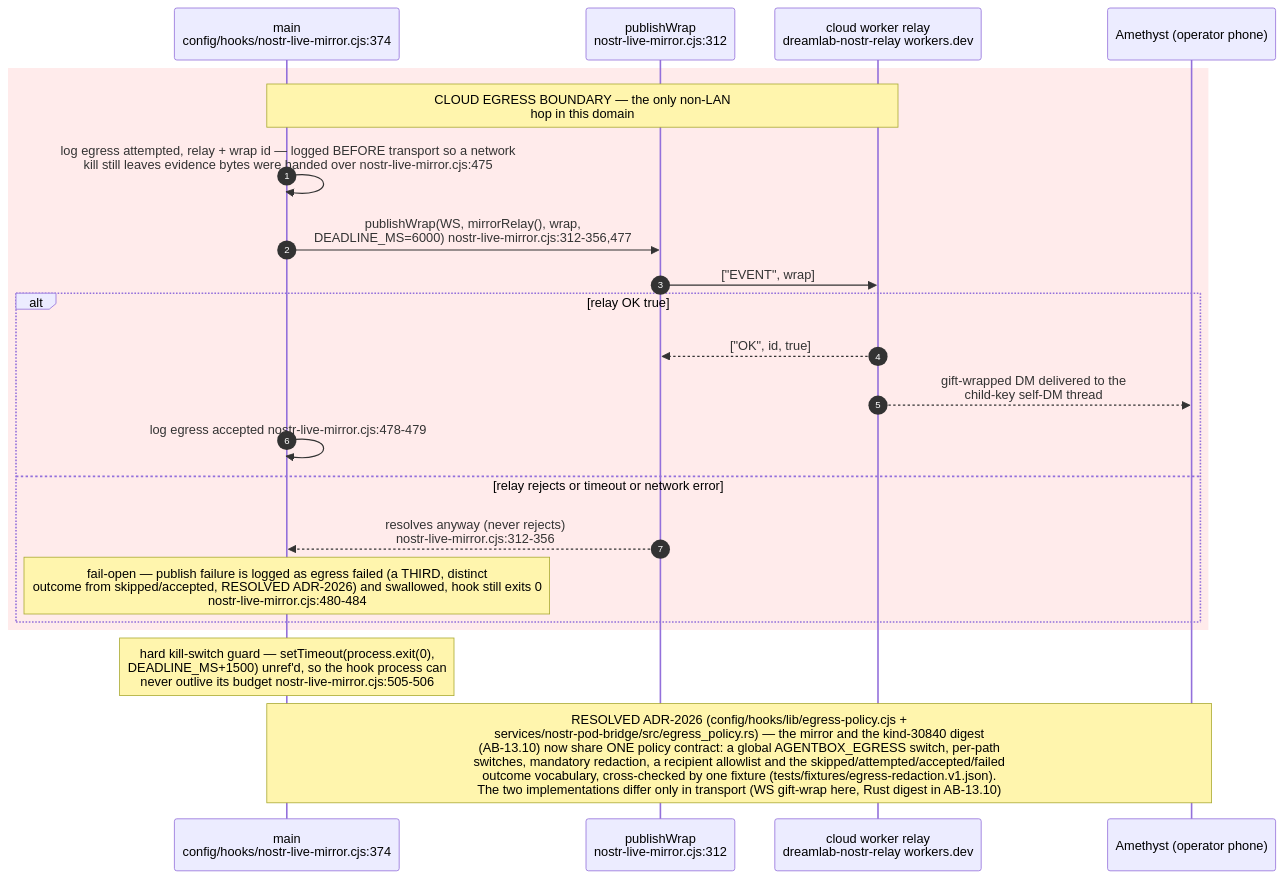
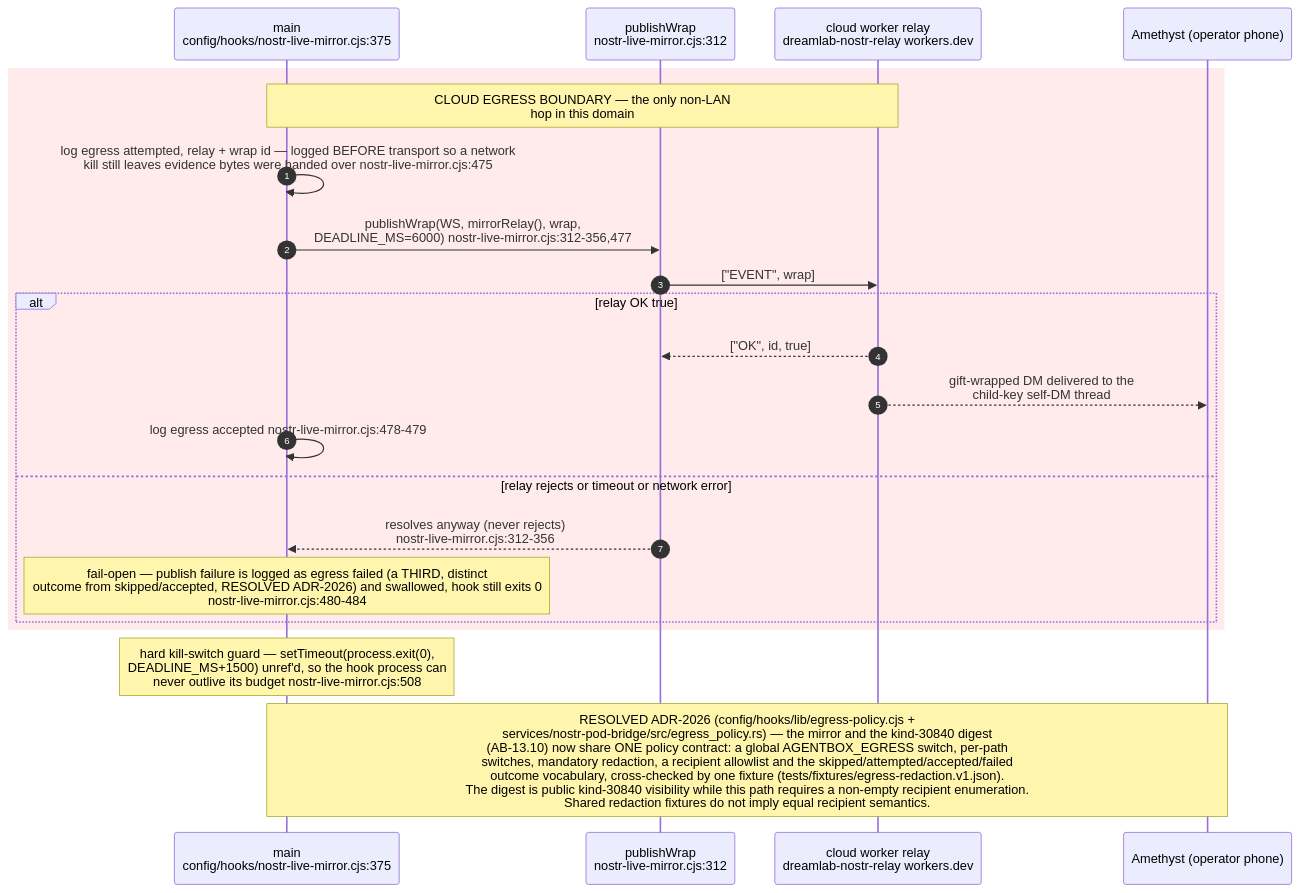
Diagram 12 of 17 in docs/diagrams/agentbox/13-nostr-relay-gateway-bridge-mirror.md (DreamLab-AI/VisionFlow), drawn with Mermaid before and after one commit. The commit also changed other lines of this file and 7 other files, not shown here.

Commit message:
docs(diagrams): bind closeout security and retrieval flows to source

````diff
--- a/docs/diagrams/agentbox/13-nostr-relay-gateway-bridge-mirror.md
+++ b/docs/diagrams/agentbox/13-nostr-relay-gateway-bridge-mirror.md
@@ -480,25 +481,25 @@
 ```mermaid
 sequenceDiagram
     autonumber
-    participant MAIN as main<br/>config/hooks/nostr-live-mirror.cjs:374
+    participant MAIN as main<br/>config/hooks/nostr-live-mirror.cjs:375
     participant PUB as publishWrap<br/>nostr-live-mirror.cjs:312
     participant CLOUD as cloud worker relay<br/>dreamlab-nostr-relay workers.dev
     participant AME as Amethyst (operator phone)
 
     rect rgb(255, 235, 235)
 Note over MAIN,CLOUD: CLOUD EGRESS BOUNDARY — the only non-LAN<br/>hop in this domain
 MAIN->>MAIN: log egress attempted, relay + wrap id — logged BEFORE transport so a network<br/>kill still leaves evidence bytes were handed over nostr-live-mirror.cjs:475
 MAIN->>PUB: publishWrap(WS, mirrorRelay(), wrap,<br/>DEADLINE_MS=6000) nostr-live-mirror.cjs:312-356,477
     PUB->>CLOUD: ["EVENT", wrap]
     alt relay OK true
         CLOUD-->>PUB: ["OK", id, true]
         CLOUD-->>AME: gift-wrapped DM delivered to the<br/>child-key self-DM thread
         MAIN->>MAIN: log egress accepted nostr-live-mirror.cjs:478-479
     else relay rejects or timeout or network error
 PUB-->>MAIN: resolves anyway (never rejects)<br/>nostr-live-mirror.cjs:312-356
 Note over MAIN: fail-open — publish failure is logged as egress failed (a THIRD, distinct<br/>outcome from skipped/accepted, RESOLVED ADR-2026) and swallowed, hook still exits 0<br/>nostr-live-mirror.cjs:480-484
     end
     end
-Note over MAIN: hard kill-switch guard — setTimeout(process.exit(0),<br/>DEADLINE_MS+1500) unref'd, so the hook process can<br/>never outlive its budget nostr-live-mirror.cjs:505-506
-Note over MAIN,AME: RESOLVED ADR-2026 (config/hooks/lib/egress-policy.cjs +<br/>services/nostr-pod-bridge/src/egress_policy.rs) — the mirror and the kind-30840 digest<br/>(AB-13.10) now share ONE policy contract: a global AGENTBOX_EGRESS switch, per-path<br/>switches, mandatory redaction, a recipient allowlist and the skipped/attempted/accepted/failed<br/>outcome vocabulary, cross-checked by one fixture (tests/fixtures/egress-redaction.v1.json).<br/>The two implementations differ only in transport (WS gift-wrap here, Rust digest in AB-13.10)
+Note over MAIN: hard kill-switch guard — setTimeout(process.exit(0),<br/>DEADLINE_MS+1500) unref'd, so the hook process can<br/>never outlive its budget nostr-live-mirror.cjs:508
+Note over MAIN,AME: RESOLVED ADR-2026 (config/hooks/lib/egress-policy.cjs +<br/>services/nostr-pod-bridge/src/egress_policy.rs) — the mirror and the kind-30840 digest<br/>(AB-13.10) now share ONE policy contract: a global AGENTBOX_EGRESS switch, per-path<br/>switches, mandatory redaction, a recipient allowlist and the skipped/attempted/accepted/failed<br/>outcome vocabulary, cross-checked by one fixture (tests/fixtures/egress-redaction.v1.json).<br/>The digest is public kind-30840 visibility while this path requires a non-empty recipient enumeration.<br/>Shared redaction fixtures do not imply equal recipient semantics.
 ```
````
